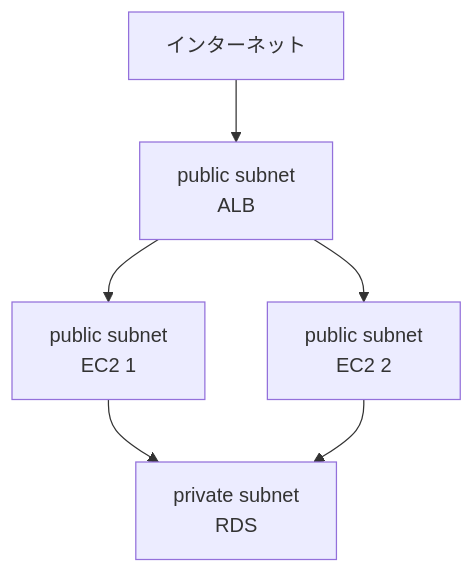
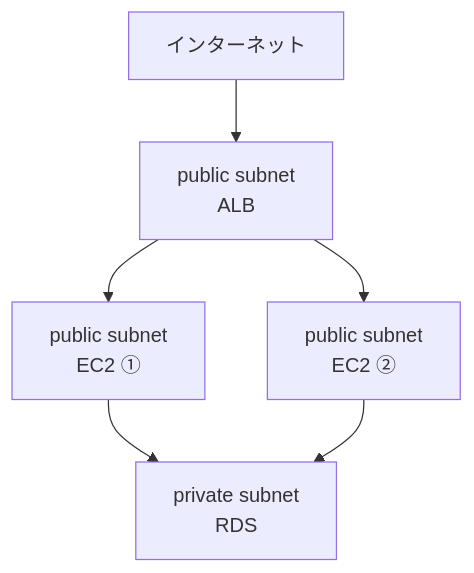
The fourth of 8 diagrams in 12/orientation.md (TORIFUKUKaiou/rails-dojo-year2-content), drawn with Mermaid before and after one commit. The commit also changed other lines of this file and 1 other file, not shown here.

Commit message:
Refactor week 12 curriculum to serialize EC2 setup steps and refine presentation diagrams

````diff
--- a/12/orientation.md
+++ b/12/orientation.md
@@ -90,8 +90,8 @@
 ```mermaid
 flowchart TB
   Internet["インターネット"] --> ALB["public subnet<br>ALB"]
-  ALB --> EC21["public subnet<br>EC2 1"]
-  ALB --> EC22["public subnet<br>EC2 2"]
+  ALB --> EC21["public subnet<br>EC2 ①"]
+  ALB --> EC22["public subnet<br>EC2 ②"]
   EC21 --> RDS["private subnet<br>RDS"]
   EC22 --> RDS
 ```
````
